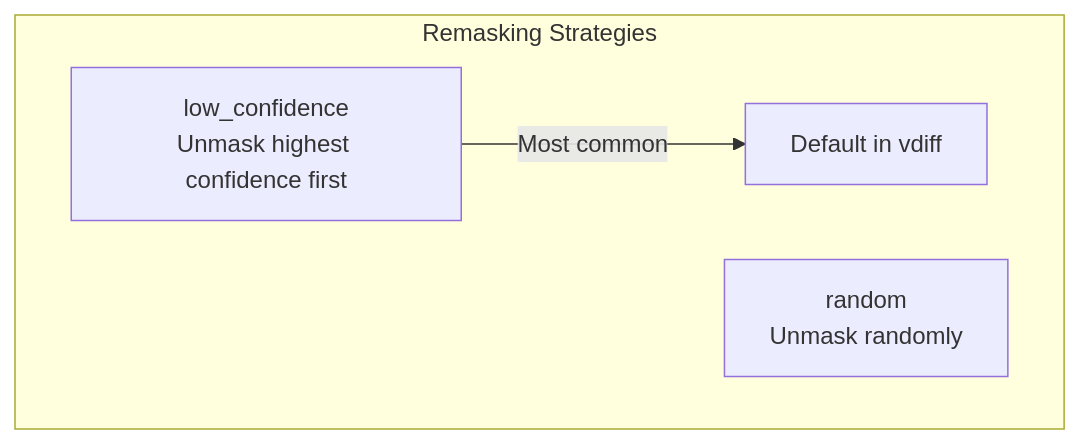
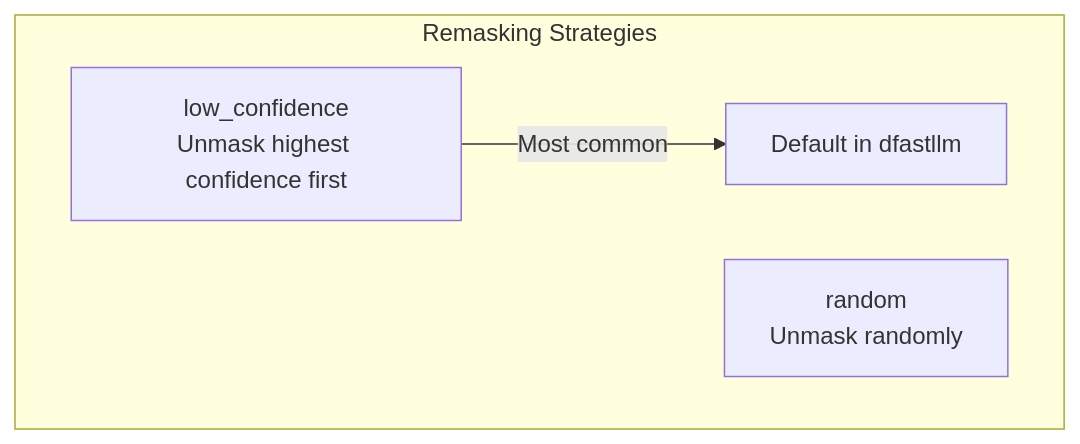
One commit to mwaykole/vdiff changed the tenth of 17 diagrams in docs/dev-doc/05-diffusion.md. Above: the diagram before and after it, drawn with Mermaid. The commit also changed other lines of this file and 53 other files, not shown here.

First line of the commit message:
refactor: Rename all vdiff references to dfastllm

````diff
--- a/docs/dev-doc/05-diffusion.md
+++ b/docs/dev-doc/05-diffusion.md
@@ -302,9 +302,9 @@
 ```mermaid
 flowchart TB
     subgraph Strategies["Remasking Strategies"]
         LC["low_confidence<br/>Unmask highest confidence first"]
         RAND["random<br/>Unmask randomly"]
         
-        LC --> |"Most common"| DEFAULT["Default in vdiff"]
+        LC --> |"Most common"| DEFAULT["Default in dfastllm"]
     end
 ```
````
